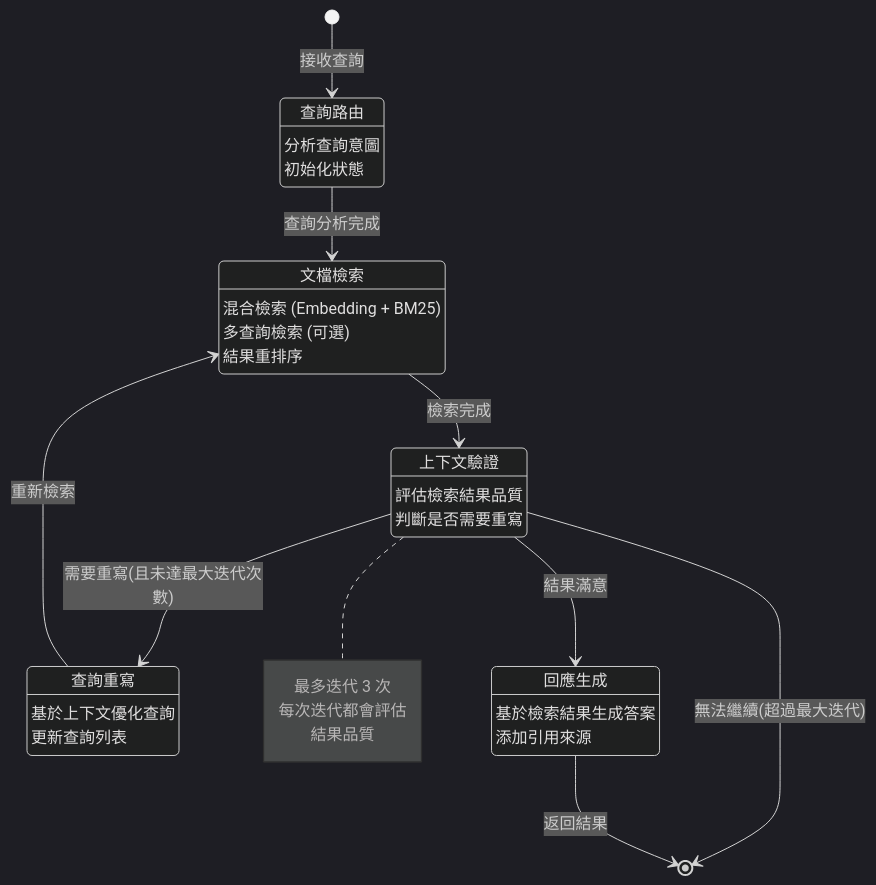
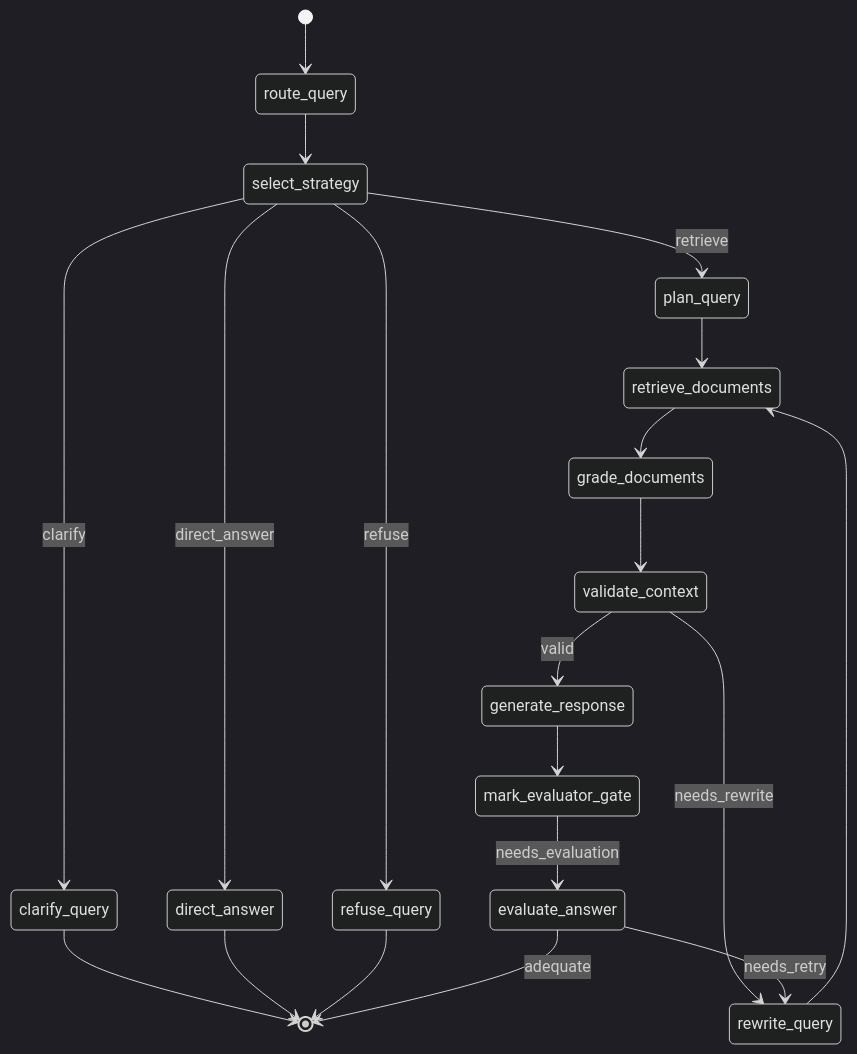
One commit to poirotw66/poirotw66.github.io changed the second of 3 diagrams in src/content/projects/agentic-rag.md. Above: the diagram before and after it, drawn with Mermaid (dark theme). The commit also changed other lines of this file, not shown here.

````diff
--- a/src/content/projects/agentic-rag.md
+++ b/src/content/projects/agentic-rag.md
@@ -116,43 +160,25 @@
 ```mermaid
 stateDiagram-v2
-    [*] --> route_query: 接收查詢
+    [*] --> route_query
+    route_query --> select_strategy
 
-    route_query: 查詢路由
-    route_query: 分析查詢意圖
-    route_query: 初始化狀態
+    select_strategy --> clarify_query: clarify
+    select_strategy --> direct_answer: direct_answer
+    select_strategy --> refuse_query: refuse
+    select_strategy --> plan_query: retrieve
 
-    route_query --> retrieve_documents: 查詢分析完成
+    clarify_query --> [*]
+    direct_answer --> [*]
+    refuse_query --> [*]
 
-    retrieve_documents: 文檔檢索
-    retrieve_documents: 混合檢索 (Embedding + BM25)
-    retrieve_documents: 多查詢檢索 (可選)
-    retrieve_documents: 結果重排序
-
-    retrieve_documents --> validate_context: 檢索完成
-
-    validate_context: 上下文驗證
-    validate_context: 評估檢索結果品質
-    validate_context: 判斷是否需要重寫
-
-    validate_context --> rewrite_query: 需要重寫(且未達最大迭代次數)
-    validate_context --> generate_response: 結果滿意
-    validate_context --> [*]: 無法繼續(超過最大迭代)
-
-    rewrite_query: 查詢重寫
-    rewrite_query: 基於上下文優化查詢
-    rewrite_query: 更新查詢列表
-
-    rewrite_query --> retrieve_documents: 重新檢索
-
-    generate_response: 回應生成
-    generate_response: 基於檢索結果生成答案
-    generate_response: 添加引用來源
-
-    generate_response --> [*]: 返回結果
-
-    note right of validate_context
-        最多迭代 3 次
-        每次迭代都會評估
-        結果品質
-    end note
+    plan_query --> retrieve_documents
+    retrieve_documents --> grade_documents
+    grade_documents --> validate_context
+    validate_context --> rewrite_query: needs_rewrite
+    rewrite_query --> retrieve_documents
+    validate_context --> generate_response: valid
+    generate_response --> mark_evaluator_gate
+    mark_evaluator_gate --> evaluate_answer: needs_evaluation
+    evaluate_answer --> rewrite_query: needs_retry
+    evaluate_answer --> [*]: adequate
 ```
````
